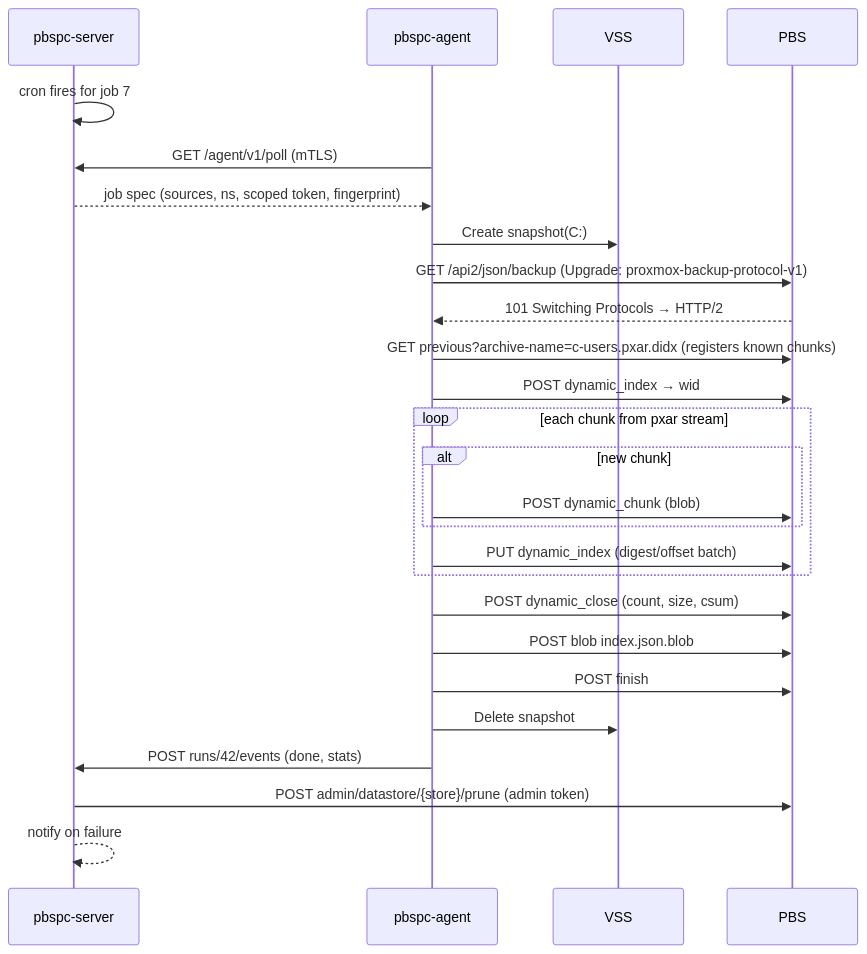
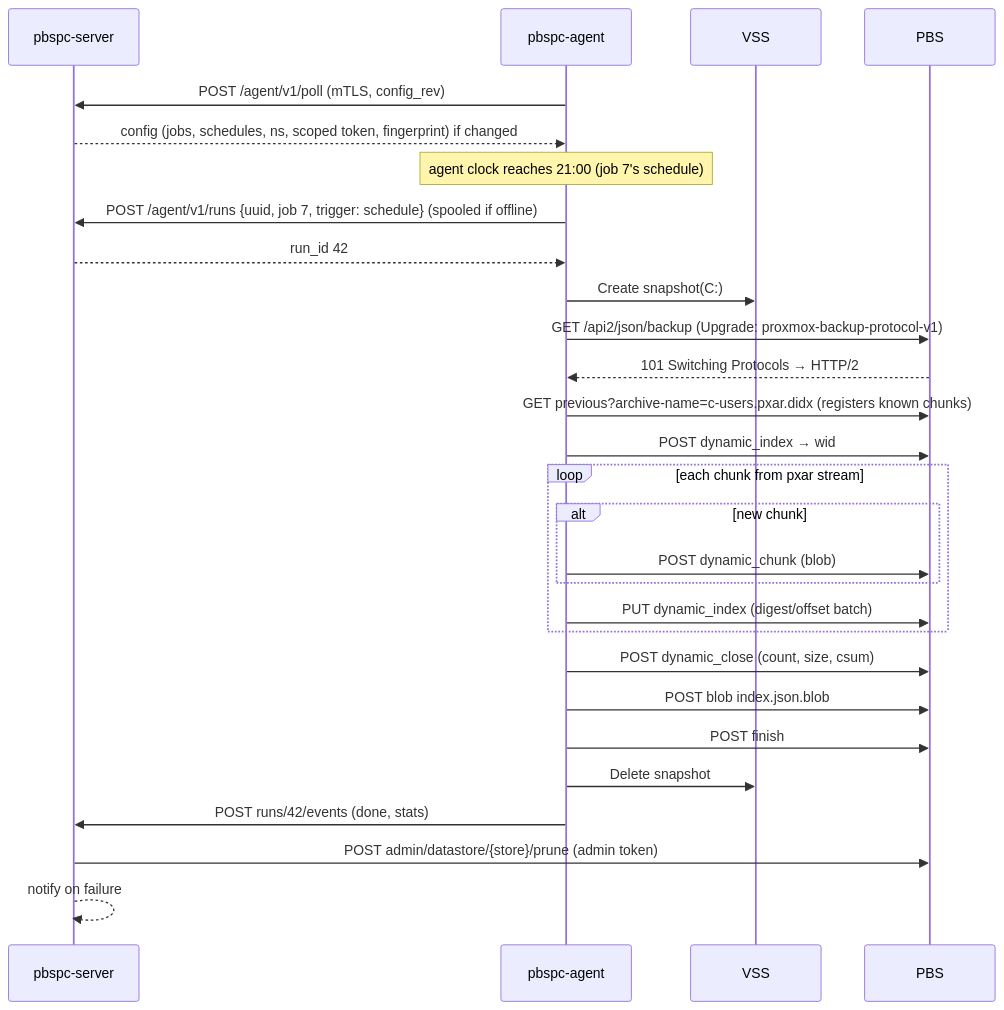
Before and after one commit to Lopicl/proxbackup-solution: the fourth of 4 diagrams in docs/architecture.md, drawn with Mermaid. The commit also changed other lines of this file and 21 other files, not shown here.

````diff
--- a/docs/architecture.md
+++ b/docs/architecture.md
@@ -172,29 +215,31 @@
 ```mermaid
 sequenceDiagram
   participant S as pbspc-server
   participant A as pbspc-agent
   participant V as VSS
   participant P as PBS
 
-  S->>S: cron fires for job 7
-  A->>S: GET /agent/v1/poll (mTLS)
-  S-->>A: job spec (sources, ns, scoped token, fingerprint)
+  A->>S: POST /agent/v1/poll (mTLS, config_rev)
+  S-->>A: config (jobs, schedules, ns, scoped token, fingerprint) if changed
+  Note over A: agent clock reaches 21:00 (job 7's schedule)
+  A->>S: POST /agent/v1/runs {uuid, job 7, trigger: schedule} (spooled if offline)
+  S-->>A: run_id 42
   A->>V: Create snapshot(C:)
   A->>P: GET /api2/json/backup (Upgrade: proxmox-backup-protocol-v1)
   P-->>A: 101 Switching Protocols → HTTP/2
   A->>P: GET previous?archive-name=c-users.pxar.didx (registers known chunks)
   A->>P: POST dynamic_index → wid
   loop each chunk from pxar stream
     alt new chunk
       A->>P: POST dynamic_chunk (blob)
     end
     A->>P: PUT dynamic_index (digest/offset batch)
   end
   A->>P: POST dynamic_close (count, size, csum)
   A->>P: POST blob index.json.blob
   A->>P: POST finish
   A->>V: Delete snapshot
   A->>S: POST runs/42/events (done, stats)
   S->>P: POST admin/datastore/{store}/prune (admin token)
   S-->>S: notify on failure
 ```
````
